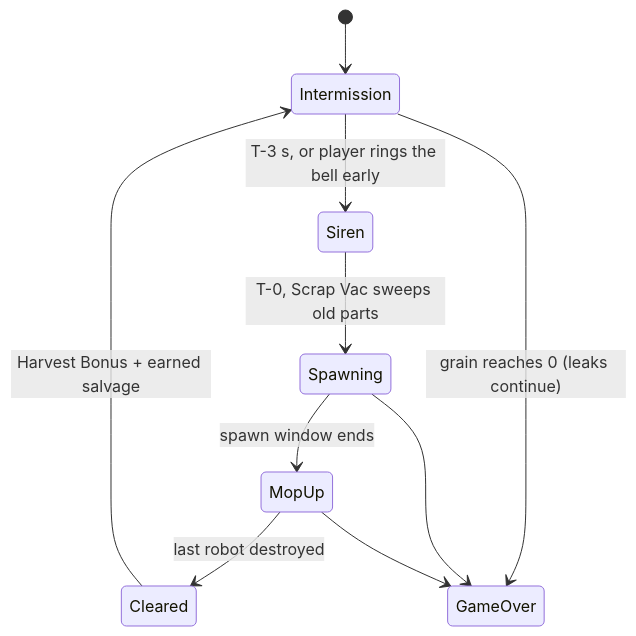
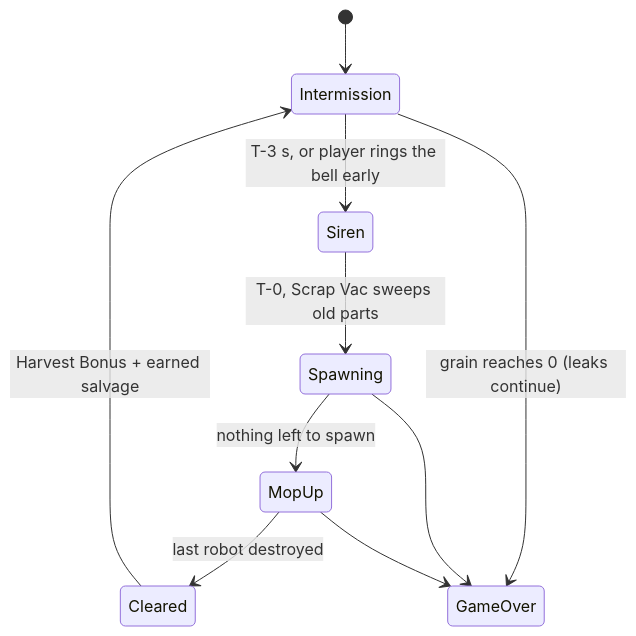
Before and after one commit to riotfire/robotattackdemo: the fourth of 7 diagrams in Robot_Attack_GDD.md, drawn with Mermaid. The commit also changed other lines of this file and 159 other files, not shown here.

````diff
--- a/Robot_Attack_GDD.md
+++ b/Robot_Attack_GDD.md
@@ -709,12 +729,12 @@
 ```mermaid
 stateDiagram-v2
     [*] --> Intermission
     Intermission --> Siren: T-3 s, or player rings the bell early
     Siren --> Spawning: T-0, Scrap Vac sweeps old parts
-    Spawning --> MopUp: spawn window ends
+    Spawning --> MopUp: nothing left to spawn
     MopUp --> Cleared: last robot destroyed
     Cleared --> Intermission: Harvest Bonus + earned salvage
     Intermission --> GameOver: grain reaches 0 (leaks continue)
     Spawning --> GameOver
     MopUp --> GameOver
 ```
````
